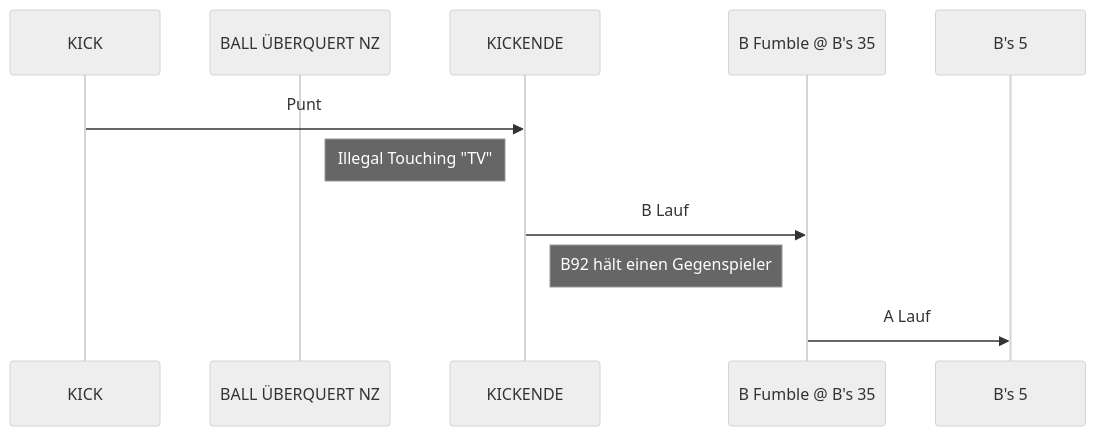
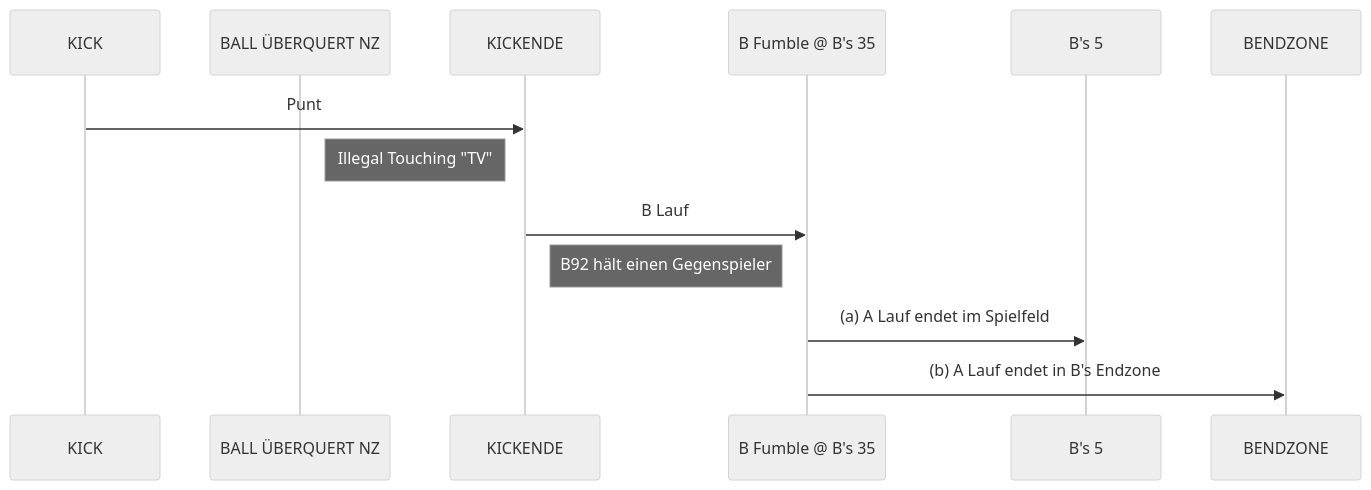
One commit to mschwieger/alizenz changed the eighth of 8 diagrams in docs/scrimmage_kicks.md. Above: the diagram before and after it, drawn with Mermaid (neutral theme). The commit also changed other lines of this file, not shown here.

````diff
--- a/docs/scrimmage_kicks.md
+++ b/docs/scrimmage_kicks.md
@@ -168,13 +168,15 @@
 ```mermaid
 sequenceDiagram
     participant KICK
     participant NZ as BALL ÜBERQUERT NZ
     participant KICKENDE
     participant BFUMBLE as B Fumble @ B's 35
     participant BALLDEAD as B's 5
+    participant BENDZONE
     KICK->>KICKENDE: Punt
     note right of NZ: Illegal Touching "TV"
     KICKENDE->>BFUMBLE: B Lauf
     note right of KICKENDE: B92 hält einen Gegenspieler
-    BFUMBLE->>BALLDEAD: A Lauf
+    BFUMBLE->>BALLDEAD: (a) A Lauf endet im Spielfeld
+    BFUMBLE->>BENDZONE: (b) A Lauf endet in B's Endzone
 ```
````
